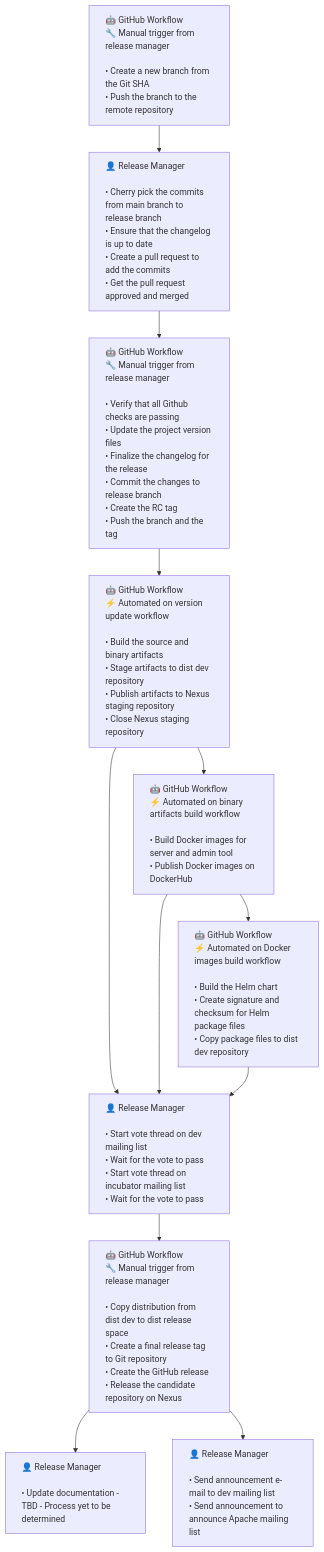
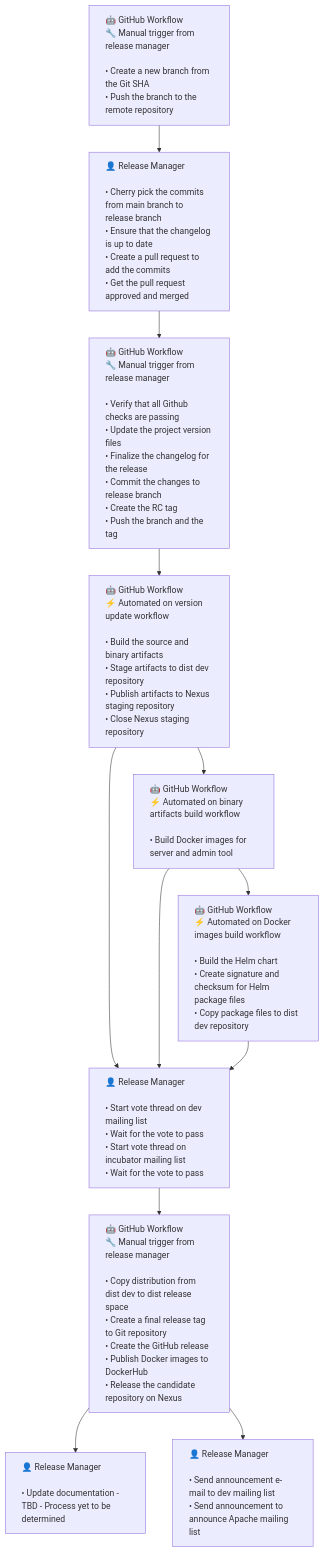
The diagram in releasey/release-process-flowchart.mmd (apache/polaris), drawn with Mermaid before and after one commit. The commit also changed 5 other files, not shown here.

Commit message:
Do not publish Docker images on DockerHub until the vote succeeds

```diff
--- a/releasey/release-process-flowchart.mmd
+++ b/releasey/release-process-flowchart.mmd
@@ -1,29 +1,29 @@
 flowchart TD
     B["🤖 GitHub Workflow<br/>🔧 Manual trigger from release manager<br/><br/>• Create a new branch from the Git SHA<br/>• Push the branch to the remote repository"]
 
     B --> C["👤 Release Manager<br/><br/>• Cherry pick the commits from main branch to release branch<br/>• Ensure that the changelog is up to date<br/>• Create a pull request to add the commits<br/>• Get the pull request approved and merged"]
 
     C --> D["🤖 GitHub Workflow<br/>🔧 Manual trigger from release manager<br/><br/>• Verify that all Github checks are passing<br/>• Update the project version files<br/>• Finalize the changelog for the release<br/>• Commit the changes to release branch<br/>• Create the RC tag<br/>• Push the branch and the tag"]
 
     D --> E["🤖 GitHub Workflow<br/>⚡ Automated on version update workflow<br/><br/>• Build the source and binary artifacts<br/>• Stage artifacts to dist dev repository<br/>• Publish artifacts to Nexus staging repository<br/>• Close Nexus staging repository"]
 
-    E --> F["🤖 GitHub Workflow<br/>⚡ Automated on binary artifacts build workflow<br/><br/>• Build Docker images for server and admin tool<br/>• Publish Docker images on DockerHub"]
+    E --> F["🤖 GitHub Workflow<br/>⚡ Automated on binary artifacts build workflow<br/><br/>• Build Docker images for server and admin tool"]
 
     F --> G["🤖 GitHub Workflow<br/>⚡ Automated on Docker images build workflow<br/><br/>• Build the Helm chart<br/>• Create signature and checksum for Helm package files<br/>• Copy package files to dist dev repository"]
 
     E --> H["👤 Release Manager<br/><br/>• Start vote thread on dev mailing list<br/>• Wait for the vote to pass<br/>• Start vote thread on incubator mailing list<br/>• Wait for the vote to pass"]
 
     F --> H
     G --> H
 
-    H --> I["🤖 GitHub Workflow<br/>🔧 Manual trigger from release manager<br/><br/>• Copy distribution from dist dev to dist release space<br/>• Create a final release tag to Git repository<br/>• Create the GitHub release<br/>• Release the candidate repository on Nexus"]
+    H --> I["🤖 GitHub Workflow<br/>🔧 Manual trigger from release manager<br/><br/>• Copy distribution from dist dev to dist release space<br/>• Create a final release tag to Git repository<br/>• Create the GitHub release<br/>• Publish Docker images to DockerHub<br/>• Release the candidate repository on Nexus"]
 
     I --> J["👤 Release Manager<br/><br/>• Update documentation - TBD - Process yet to be determined"]
 
     I --> K["👤 Release Manager<br/><br/>• Send announcement e-mail to dev mailing list<br/>• Send announcement to announce Apache mailing list"]
 
     %% Class definition for left-aligned text
     classDef leftAlign text-align:left;
 
     %% Apply left-align class to all nodes
     class A,B,C,D,E,F,G,H,I,J,K leftAlign;
```
